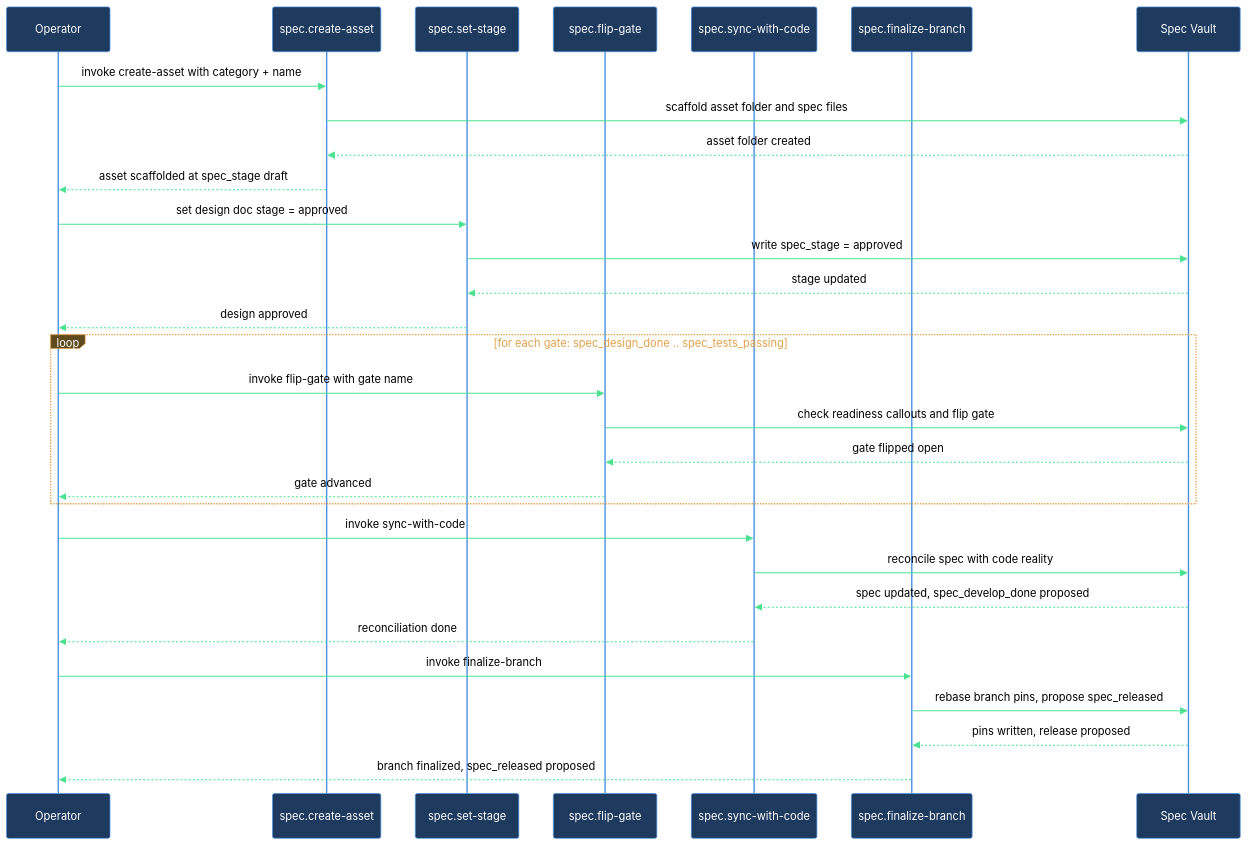
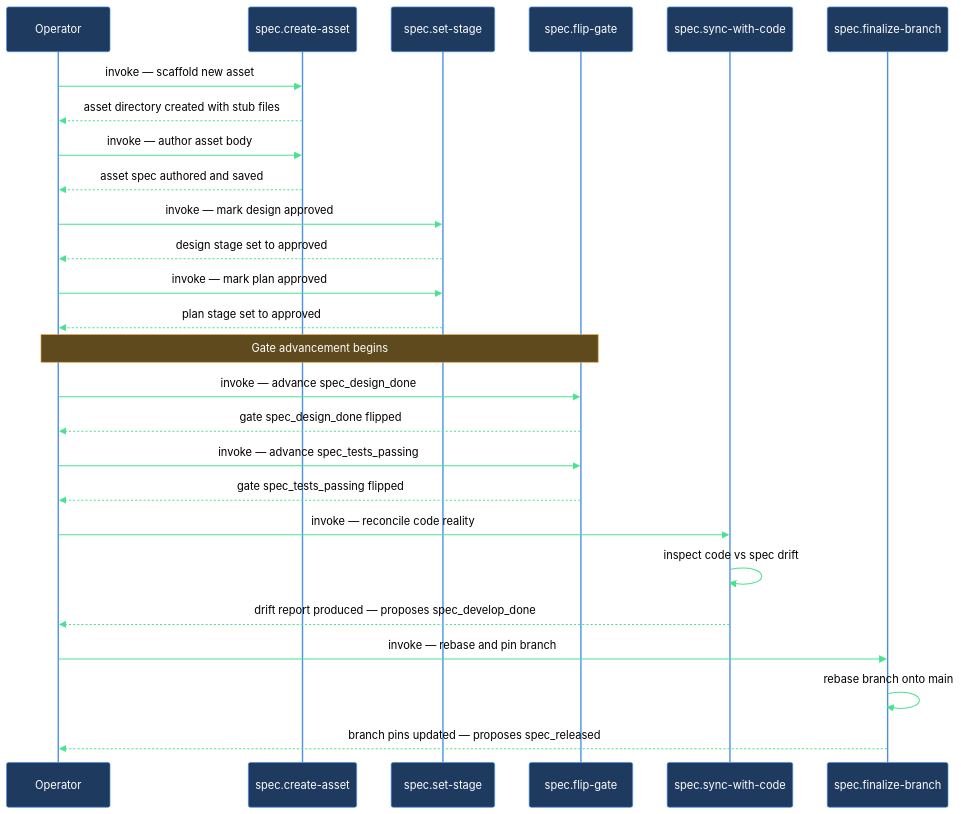
Before and after one commit to mebius-san/lazy-cortex: the diagram in claude/lazycortex-specs/help/walkthroughs/asset-to-release.md, drawn with Mermaid. The commit also changed other lines of this file and 52 other files, not shown here.

First line of the commit message:
[lazycortex-specs] release 3.0.0 — folder-note # Summary + H1 Gates/History + spec.vault_root

````diff
--- a/claude/lazycortex-specs/help/walkthroughs/asset-to-release.md
+++ b/claude/lazycortex-specs/help/walkthroughs/asset-to-release.md
@@ -137,38 +137,35 @@
 ```mermaid
 %%{init: {'themeVariables':{'background':'transparent','primaryColor':'#1e3a5f','primaryBorderColor':'#4a90e2','primaryTextColor':'#fff','lineColor':'#4ae290','actorBkg':'#1e3a5f','actorBorder':'#4a90e2','actorTextColor':'#fff','actorLineColor':'#4a90e2','signalColor':'#4ae290','signalTextColor':'#000','noteBkgColor':'#5f4a1e','noteBorderColor':'#e2a14a','noteTextColor':'#fff','labelBoxBkgColor':'#5f4a1e','labelBoxBorderColor':'#e2a14a','labelTextColor':'#fff','loopTextColor':'#e2a14a'},'sequence':{'diagramPadding':5,'useMaxWidth':true}}}%%
 sequenceDiagram
-  participant op as Operator
+  participant operator as Operator
   participant createAsset as spec.create-asset
   participant setStage as spec.set-stage
   participant flipGate as spec.flip-gate
   participant syncCode as spec.sync-with-code
-  participant finalizeBranch as spec.finalize-branch
-  participant vault as Spec Vault
+  participant finalize as spec.finalize-branch
 
-  op->>createAsset: invoke create-asset with category + name
-  createAsset->>vault: scaffold asset folder and spec files
-  vault-->>createAsset: asset folder created
-  createAsset-->>op: asset scaffolded at spec_stage draft
+  operator->>createAsset: invoke — scaffold new asset
+  createAsset-->>operator: asset directory created with stub files
+  operator->>createAsset: invoke — author asset body
+  createAsset-->>operator: asset spec authored and saved
 
-  op->>setStage: set design doc stage = approved
-  setStage->>vault: write spec_stage = approved
-  vault-->>setStage: stage updated
-  setStage-->>op: design approved
+  operator->>setStage: invoke — mark design approved
+  setStage-->>operator: design stage set to approved
+  operator->>setStage: invoke — mark plan approved
+  setStage-->>operator: plan stage set to approved
 
-  loop for each gate: spec_design_done .. spec_tests_passing
-    op->>flipGate: invoke flip-gate with gate name
-    flipGate->>vault: check readiness callouts and flip gate
-    vault-->>flipGate: gate flipped open
-    flipGate-->>op: gate advanced
-  end
+  Note over operator,flipGate: Gate advancement begins
 
-  op->>syncCode: invoke sync-with-code
-  syncCode->>vault: reconcile spec with code reality
-  vault-->>syncCode: spec updated, spec_develop_done proposed
-  syncCode-->>op: reconciliation done
+  operator->>flipGate: invoke — advance spec_design_done
+  flipGate-->>operator: gate spec_design_done flipped
+  operator->>flipGate: invoke — advance spec_tests_passing
+  flipGate-->>operator: gate spec_tests_passing flipped
 
-  op->>finalizeBranch: invoke finalize-branch
-  finalizeBranch->>vault: rebase branch pins, propose spec_released
-  vault-->>finalizeBranch: pins written, release proposed
-  finalizeBranch-->>op: branch finalized, spec_released proposed
+  operator->>syncCode: invoke — reconcile code reality
+  syncCode->>syncCode: inspect code vs spec drift
+  syncCode-->>operator: drift report produced — proposes spec_develop_done
+
+  operator->>finalize: invoke — rebase and pin branch
+  finalize->>finalize: rebase branch onto main
+  finalize-->>operator: branch pins updated — proposes spec_released
 ```
````
